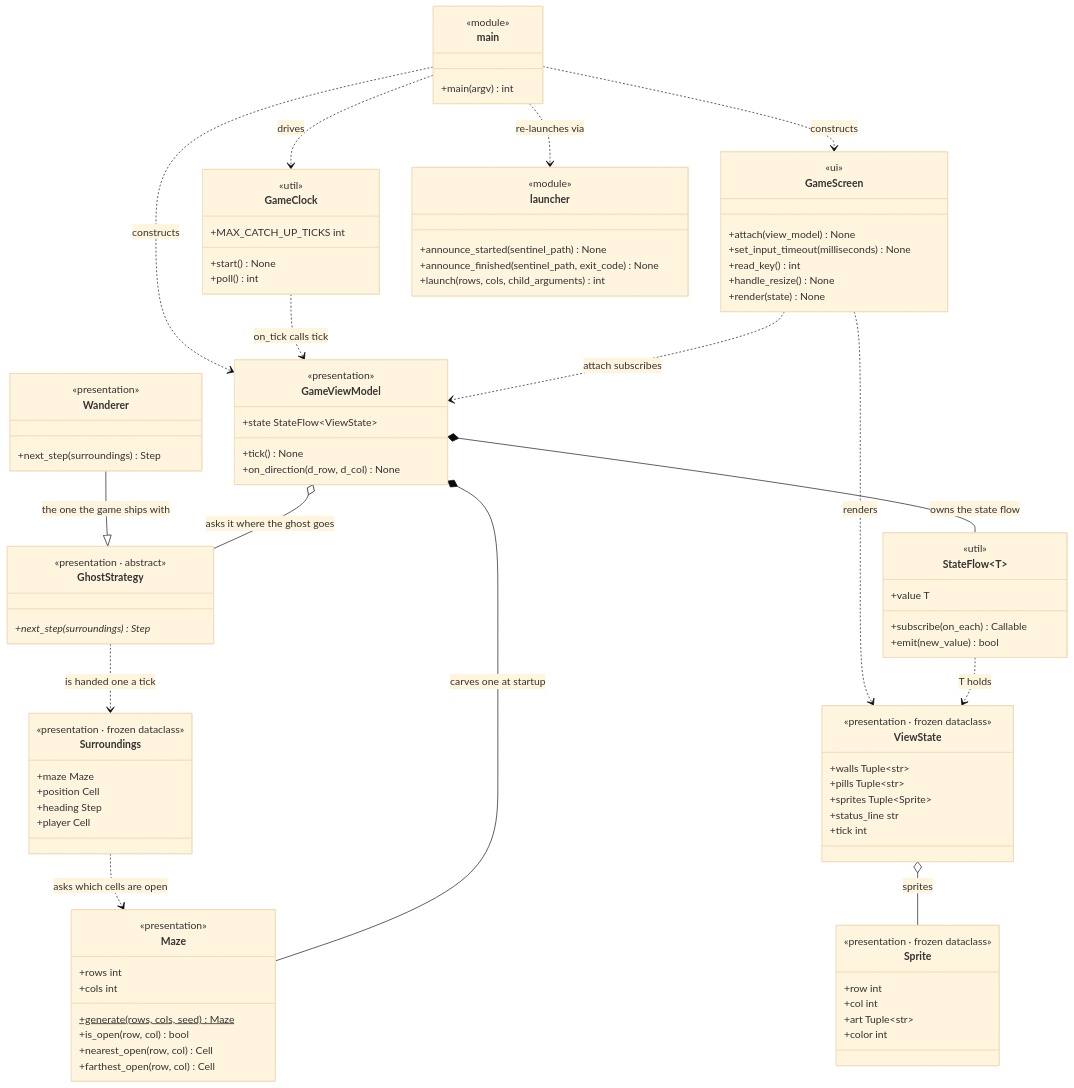
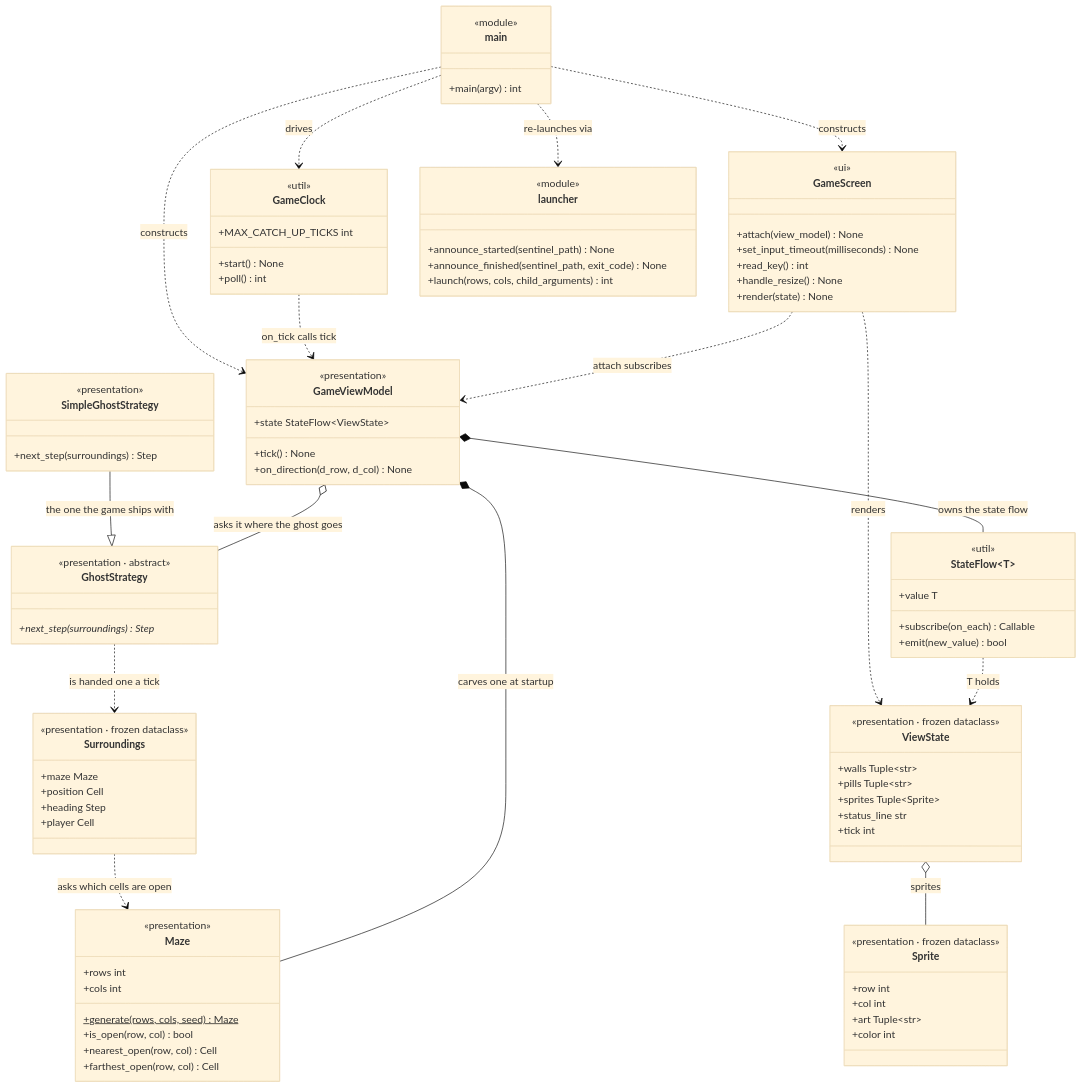
The diagram in docs/CLASS_OVERVIEW.md (replicant1/TerminalGame), drawn with Mermaid (base theme) before and after one commit. The commit also changed other lines of this file and 19 other files, not shown here.

First line of the commit message:
Rename Wanderer to SimpleGhostStrategy

```diff
--- a/docs/CLASS_OVERVIEW.md
+++ b/docs/CLASS_OVERVIEW.md
@@ -71,7 +71,7 @@
         +next_step(surroundings)* Step
     }
 
-    class Wanderer {
+    class SimpleGhostStrategy {
         <<presentation>>
         +next_step(surroundings) Step
     }
@@ -139,7 +139,7 @@
     GameViewModel *-- Maze : carves one at startup
     GameViewModel *-- StateFlow : owns the state flow
     GameViewModel o-- GhostStrategy : asks it where the ghost goes
-    Wanderer --|> GhostStrategy : the one the game ships with
+    SimpleGhostStrategy --|> GhostStrategy : the one the game ships with
     GhostStrategy ..> Surroundings : is handed one a tick
     Surroundings ..> Maze : asks which cells are open
     StateFlow ..> ViewState : T holds
```
